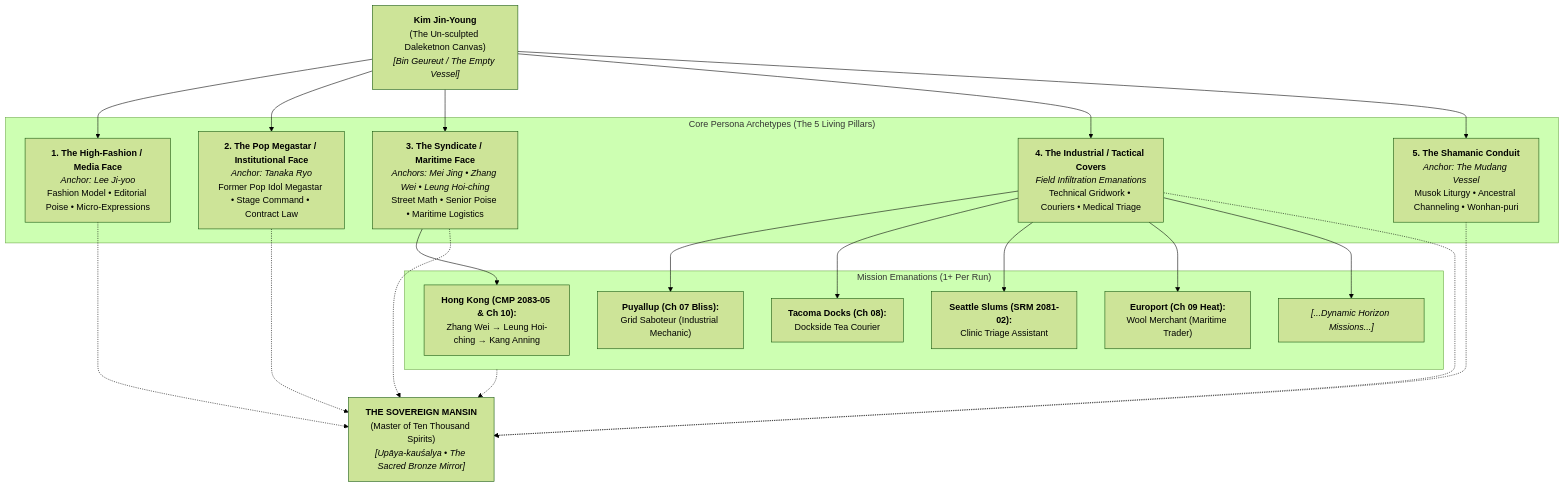
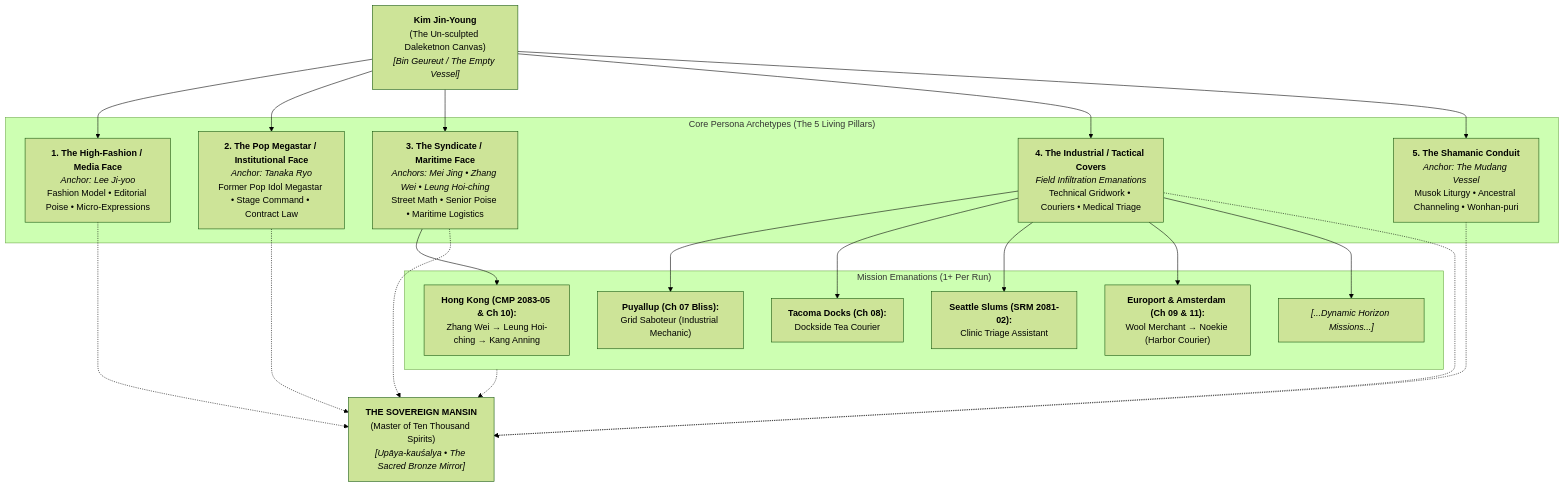
Before and after one commit to zeshanrajput/sr6-core: the diagram in characters/velvet/reference/karmic_persona_log.md, drawn with Mermaid (forest theme). The commit also changed other lines of this file and 66 other files, not shown here.

````diff
--- a/characters/velvet/reference/karmic_persona_log.md
+++ b/characters/velvet/reference/karmic_persona_log.md
@@ -11,48 +11,48 @@
 ```mermaid
 graph TD
     %% Base Substrate
     KIM["<b>Kim Jin-Young</b><br/>(The Un-sculpted Daleketnon Canvas)<br/><i>[Bin Geureut / The Empty Vessel]</i>"]
 
     %% Core Archetype Pillars
     subgraph PILLARS ["Core Persona Archetypes (The 5 Living Pillars)"]
         P_MEDIA["<b>1. The High-Fashion / Media Face</b><br/><i>Anchor: Lee Ji-yoo</i><br/>Fashion Model • Editorial Poise • Micro-Expressions"]
         P_CORP["<b>2. The Pop Megastar / Institutional Face</b><br/><i>Anchor: Tanaka Ryo</i><br/>Former Pop Idol Megastar • Stage Command • Contract Law"]
         P_STREET["<b>3. The Syndicate / Maritime Face</b><br/><i>Anchors: Mei Jing • Zhang Wei • Leung Hoi-ching</i><br/>Street Math • Senior Poise • Maritime Logistics"]
         P_INFIL["<b>4. The Industrial / Tactical Covers</b><br/><i>Field Infiltration Emanations</i><br/>Technical Gridwork • Couriers • Medical Triage"]
         P_SPIRIT["<b>5. The Shamanic Conduit</b><br/><i>Anchor: The Mudang Vessel</i><br/>Musok Liturgy • Ancestral Channeling • Wonhan-puri"]
     end
 
     %% Mission Emanations (Scalable per SRM Run)
     subgraph MISSIONS ["Mission Emanations (1+ Per Run)"]
         M_HK["<b>Hong Kong (CMP 2083-05 & Ch 10):</b><br/>Zhang Wei &rarr; Leung Hoi-ching &rarr; Kang Anning"]
         M_PUY["<b>Puyallup (Ch 07 Bliss):</b><br/>Grid Saboteur (Industrial Mechanic)"]
         M_TAC["<b>Tacoma Docks (Ch 08):</b><br/>Dockside Tea Courier"]
         M_MED["<b>Seattle Slums (SRM 2081-02):</b><br/>Clinic Triage Assistant"]
-        M_EURO["<b>Europort (Ch 09 Heat):</b><br/>Wool Merchant (Maritime Trader)"]
+        M_EURO["<b>Europort & Amsterdam (Ch 09 & 11):</b><br/>Wool Merchant &rarr; Noekie (Harbor Courier)"]
         M_FUTURE["<i>[...Dynamic Horizon Missions...]</i>"]
     end
 
     %% Sovereign Synthesis
     MANSIN["<b>THE SOVEREIGN MANSIN</b><br/>(Master of Ten Thousand Spirits)<br/><i>[Upāya-kauśalya • The Sacred Bronze Mirror]</i>"]
 
     %% Connections
     KIM --> P_MEDIA
     KIM --> P_CORP
     KIM --> P_STREET
     KIM --> P_INFIL
     KIM --> P_SPIRIT
 
     P_STREET --> M_HK
     P_INFIL --> M_PUY
     P_INFIL --> M_TAC
     P_INFIL --> M_MED
     P_INFIL --> M_EURO
     P_INFIL --> M_FUTURE
 
     P_MEDIA -.-> MANSIN
     P_CORP -.-> MANSIN
     P_STREET -.-> MANSIN
     P_INFIL -.-> MANSIN
     P_SPIRIT -.-> MANSIN
     MISSIONS -.-> MANSIN
 ```
````
